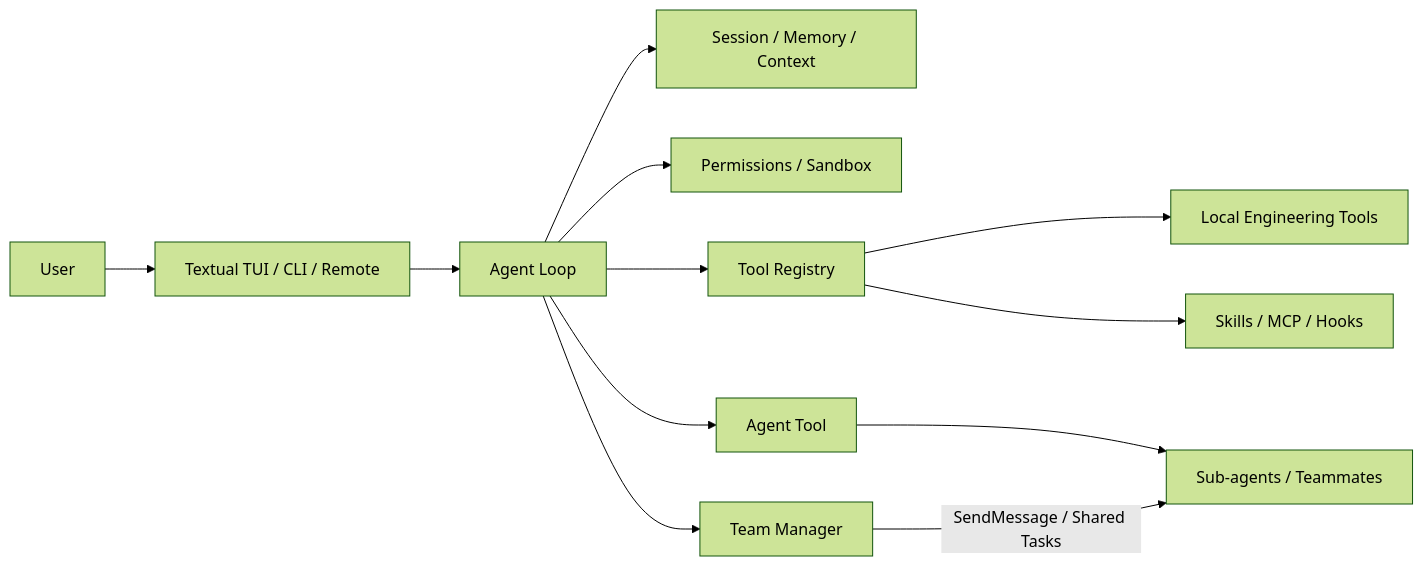
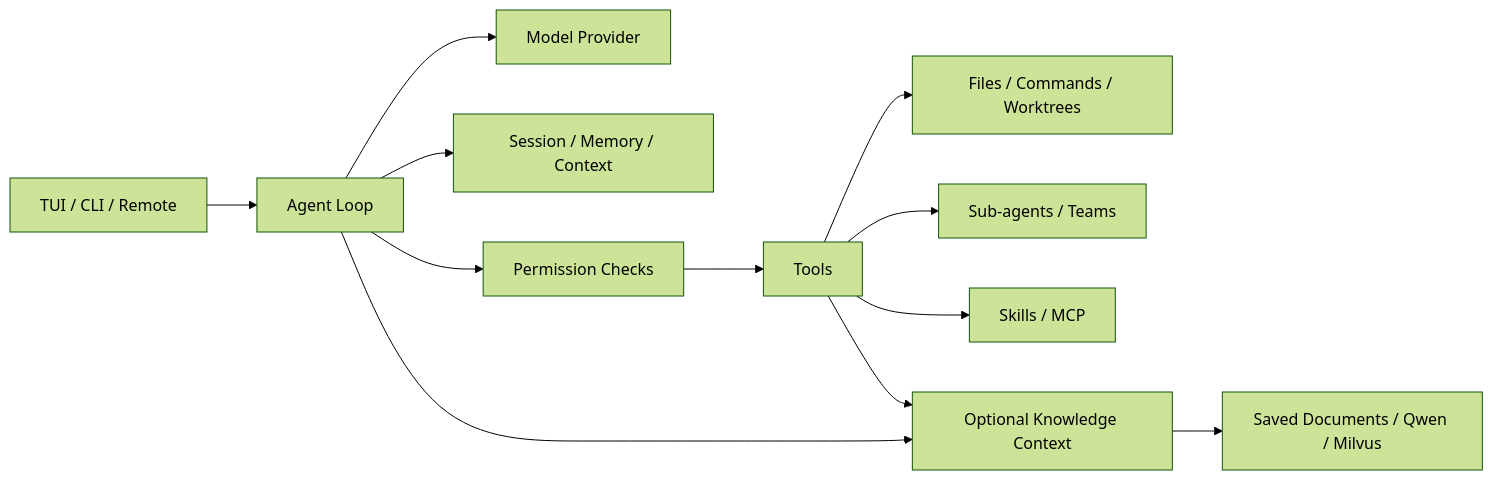
The diagram in README_EN.md (feng-shan-jian/CodePlus), drawn with Mermaid (forest theme) before and after one commit. The commit also changed other lines of this file and 1 other file, not shown here.

Commit message:
Rewrite README documentation around Agent Runtime concepts

````diff
--- a/README_EN.md
+++ b/README_EN.md
@@ -234,26 +80,14 @@
 ```mermaid
 flowchart LR
-    User[User]
-    Entry[Textual TUI / CLI / Remote]
-    Agent[Agent Loop]
-    Context[Session / Memory / Context]
-    Permission[Permissions / Sandbox]
-    Registry[Tool Registry]
-    Local[Local Engineering Tools]
-    Extension[Skills / MCP / Hooks]
-    AgentTool[Agent Tool]
-    Team[Team Manager]
-    Workers[Sub-agents / Teammates]
-
-    User --> Entry
-    Entry --> Agent
-    Agent --> Context
-    Agent --> Permission
-    Agent --> Registry
-    Registry --> Local
-    Registry --> Extension
-    Agent --> AgentTool
-    AgentTool --> Workers
-    Agent --> Team
-    Team -->|SendMessage / Shared Tasks| Workers
+    Entry[TUI / CLI / Remote] --> Agent[Agent Loop]
+    Agent --> Model[Model Provider]
+    Agent --> Context[Session / Memory / Context]
+    Agent --> Permission[Permission Checks]
+    Permission --> Tools[Tools]
+    Tools --> Local[Files / Commands / Worktrees]
+    Tools --> Workers[Sub-agents / Teams]
+    Tools --> Extension[Skills / MCP]
+    Agent --> Knowledge[Optional Knowledge Context]
+    Tools --> Knowledge
+    Knowledge --> Sources[Saved Documents / Qwen / Milvus]
 ```
````
